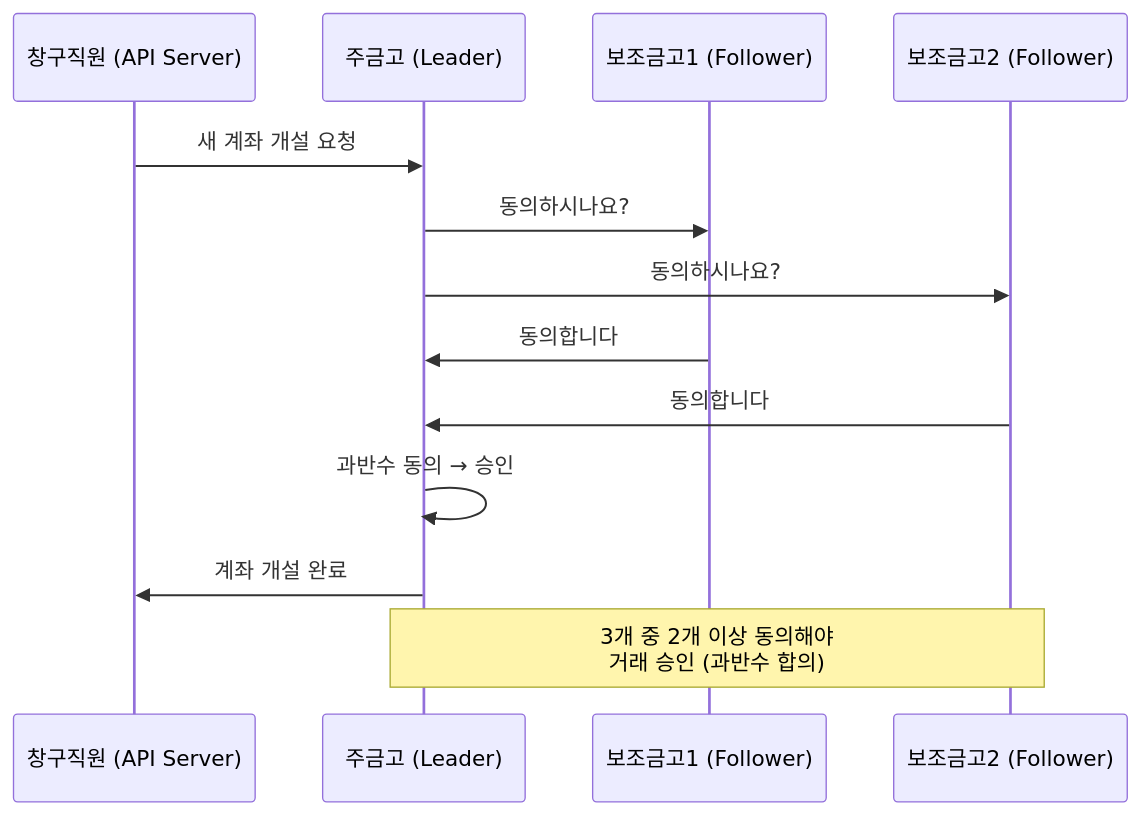
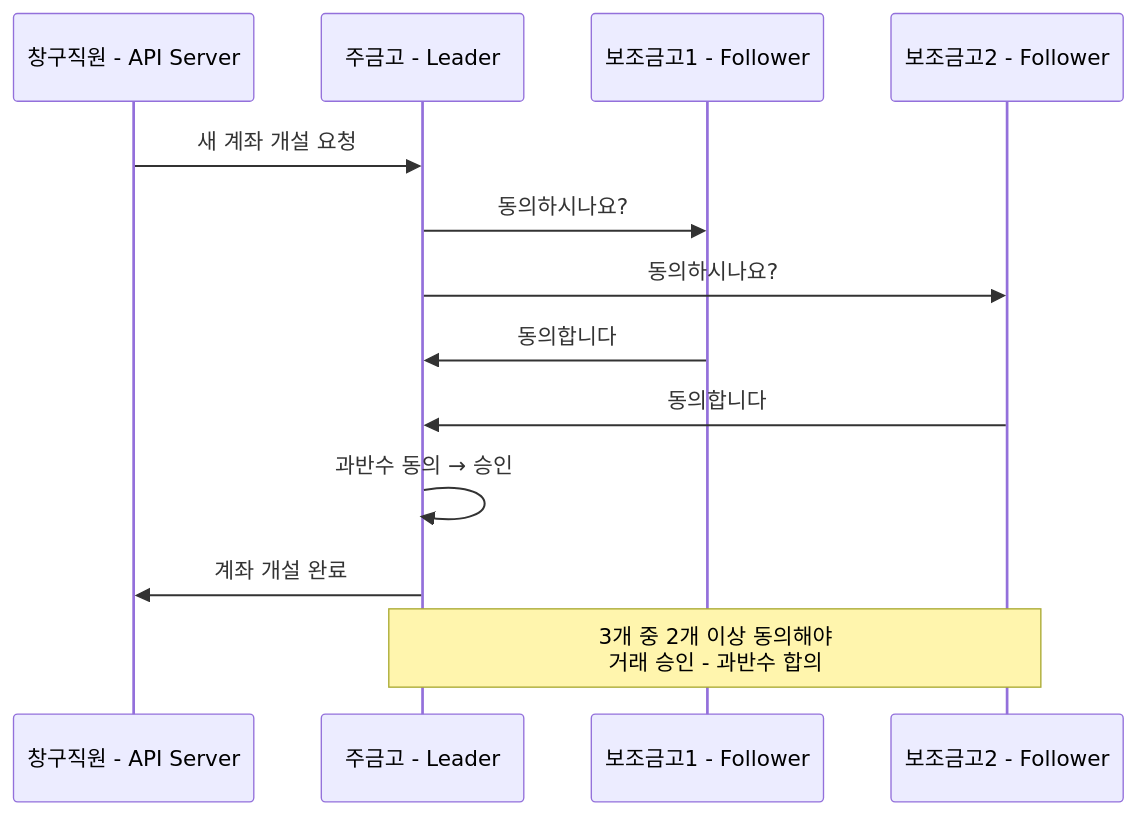
One commit to niceguy61/kdt_devops_lecture_2025 changed the second of 5 diagrams in theory/week_03/day1/session_2.md. Above: the diagram before and after it, drawn with Mermaid. The commit also changed other lines of this file and 1 other file, not shown here.

````diff
--- a/theory/week_03/day1/session_2.md
+++ b/theory/week_03/day1/session_2.md
@@ -82,17 +82,17 @@
 ```mermaid
 sequenceDiagram
-    participant C as 창구직원 (API Server)
-    participant L as 주금고 (Leader)
-    participant F1 as 보조금고1 (Follower)
-    participant F2 as 보조금고2 (Follower)
+    participant C as 창구직원 - API Server
+    participant L as 주금고 - Leader
+    participant F1 as 보조금고1 - Follower
+    participant F2 as 보조금고2 - Follower
     
     C->>L: 새 계좌 개설 요청
     L->>F1: 동의하시나요?
     L->>F2: 동의하시나요?
     F1->>L: 동의합니다
     F2->>L: 동의합니다
     L->>L: 과반수 동의 → 승인
     L->>C: 계좌 개설 완료
     
-    Note over L,F2: 3개 중 2개 이상 동의해야<br/>거래 승인 (과반수 합의)
+    Note over L,F2: 3개 중 2개 이상 동의해야<br/>거래 승인 - 과반수 합의
 ```
````
